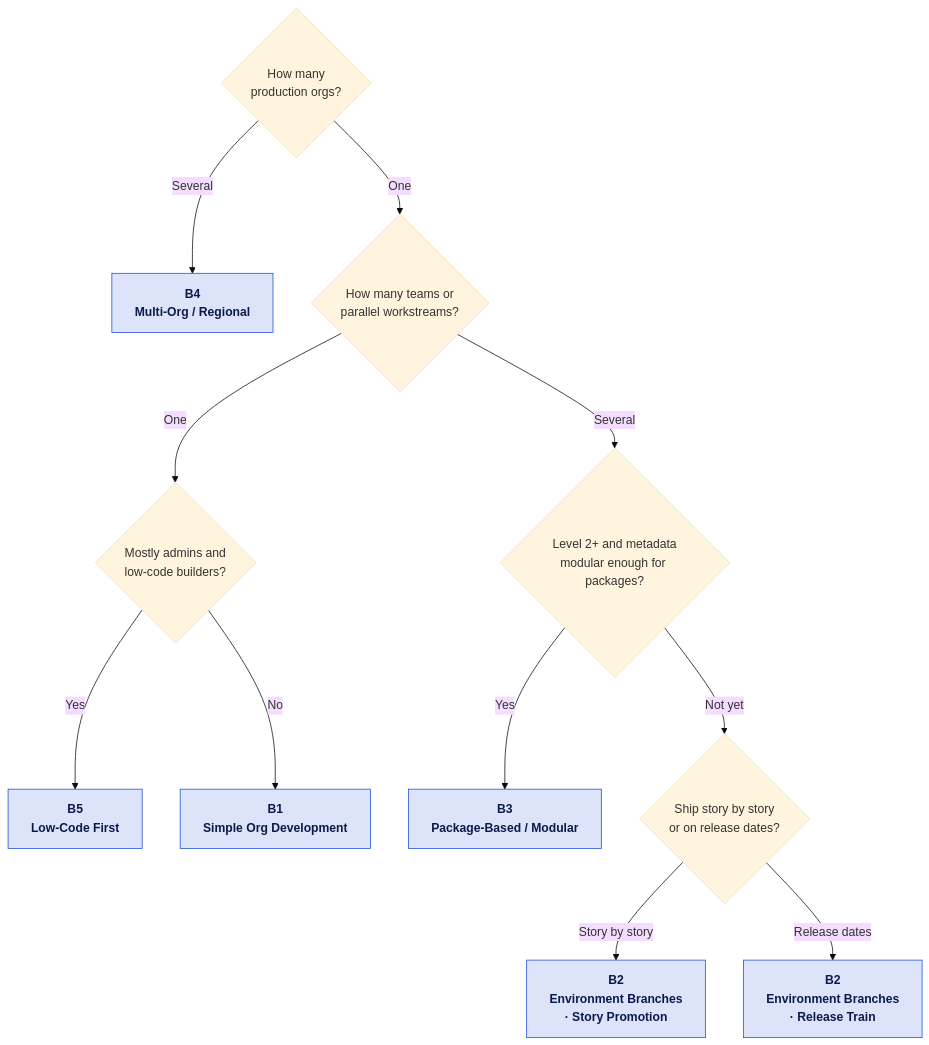
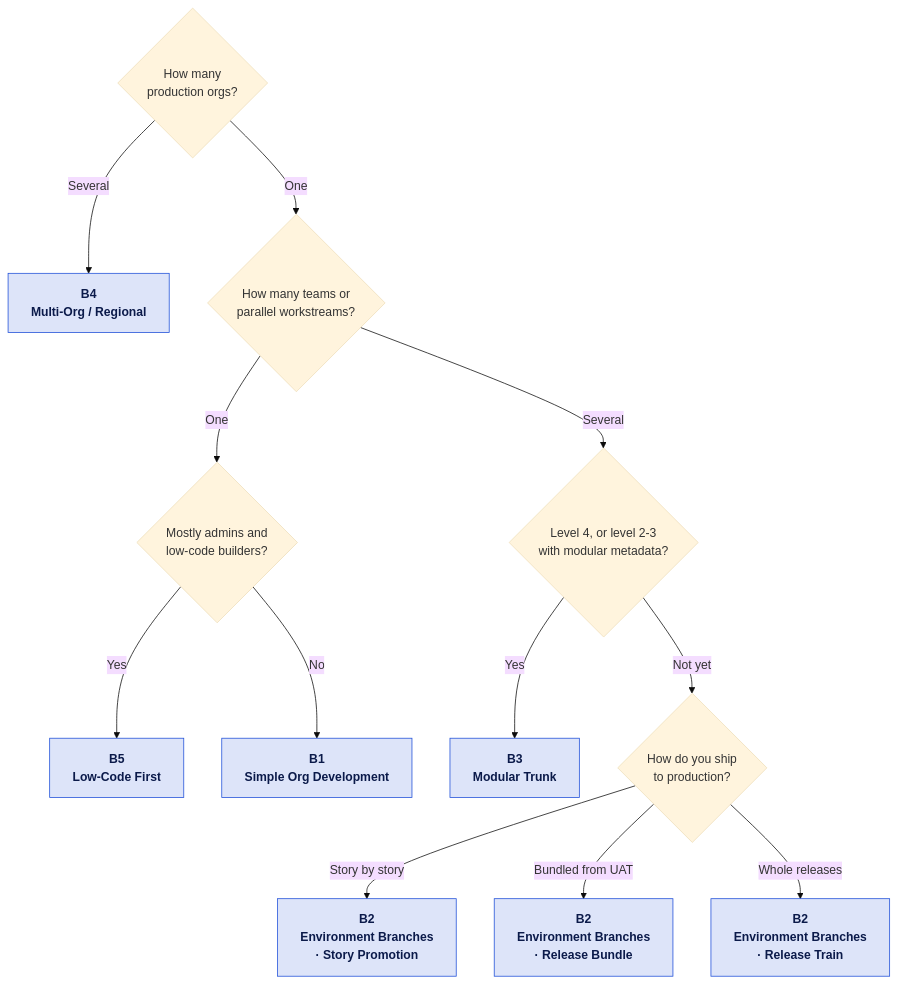
One commit to svierk/salesforce-devops-starter-kit changed the diagram in docs/strategy/index.md. Above: the diagram before and after it, drawn with Mermaid (base theme). The commit also changed other lines of this file and 10 other files, not shown here.

Commit message:
feat(docs): add release bundle variant and reframe b3 as modular trunk

````diff
--- a/docs/strategy/index.md
+++ b/docs/strategy/index.md
@@ -30,21 +30,22 @@
 ```mermaid
 flowchart TD
     QO{"How many<br/>production orgs?"}
     QO -->|Several| B4["<b>B4</b><br/>Multi-Org / Regional"]
     QO -->|One| QT{"How many teams or<br/>parallel workstreams?"}
 
     QT -->|One| QL{"Mostly admins and<br/>low-code builders?"}
-    QT -->|Several| QM{"Level 2+ and metadata<br/>modular enough for packages?"}
+    QT -->|Several| QM{"Level 4, or level 2-3<br/>with modular metadata?"}
 
     QL -->|Yes| B5["<b>B5</b><br/>Low-Code First"]
     QL -->|No| B1["<b>B1</b><br/>Simple Org Development"]
 
-    QM -->|Yes| B3["<b>B3</b><br/>Package-Based / Modular"]
-    QM -->|Not yet| QR{"Ship story by story<br/>or on release dates?"}
+    QM -->|Yes| B3["<b>B3</b><br/>Modular Trunk"]
+    QM -->|Not yet| QR{"How do you ship<br/>to production?"}
 
     QR -->|Story by story| B2S["<b>B2</b><br/>Environment Branches<br/>· Story Promotion"]
-    QR -->|Release dates| B2T["<b>B2</b><br/>Environment Branches<br/>· Release Train"]
+    QR -->|Bundled from UAT| B2B["<b>B2</b><br/>Environment Branches<br/>· Release Bundle"]
+    QR -->|Whole releases| B2T["<b>B2</b><br/>Environment Branches<br/>· Release Train"]
 
     classDef bp fill:#dde4f9,stroke:#1d4ed8,color:#0b1a4a,font-weight:bold;
-    class B1,B2S,B2T,B3,B4,B5 bp;
+    class B1,B2S,B2B,B2T,B3,B4,B5 bp;
 ```
````
